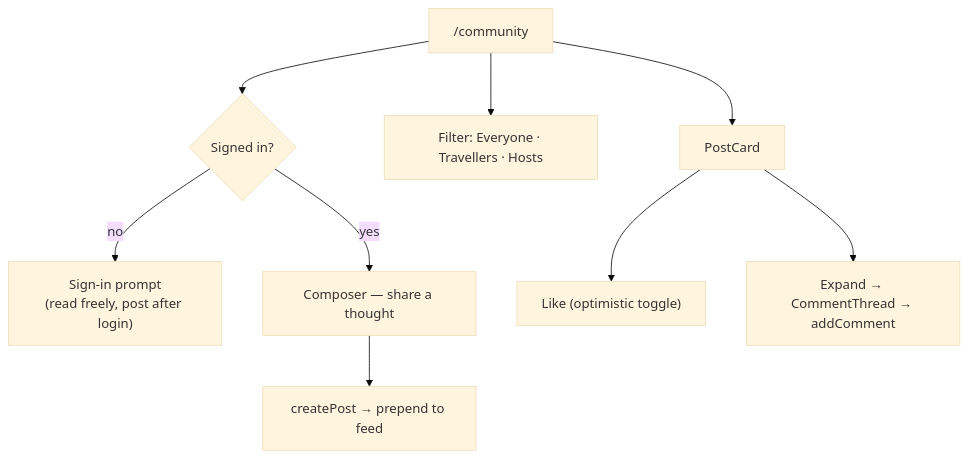
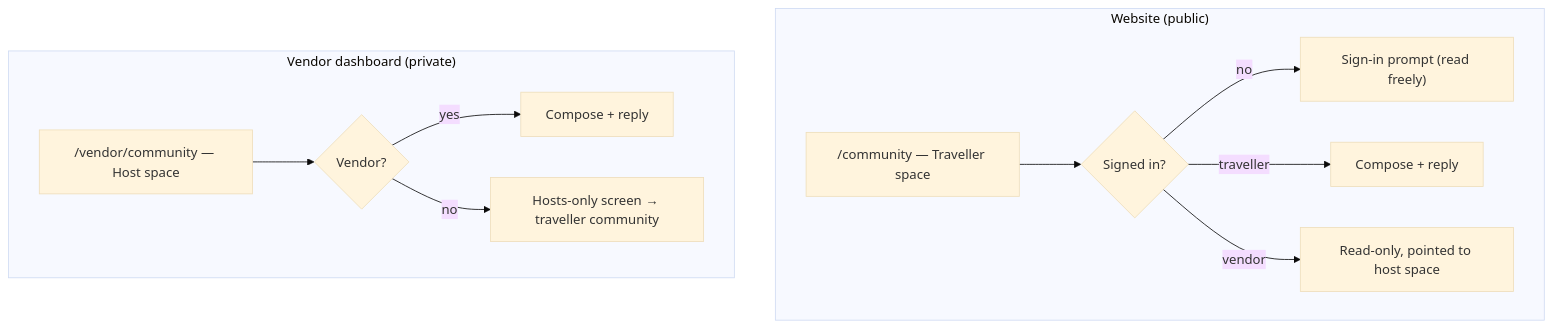
Before and after one commit to pahariyatri/local-connect-app: the fifth of 6 diagrams in docs/USER_FLOWS.md, drawn with Mermaid (base theme). The commit also changed other lines of this file and 10 other files, not shown here.

````diff
--- a/docs/USER_FLOWS.md
+++ b/docs/USER_FLOWS.md
@@ -65,11 +64,16 @@
 ```mermaid
 flowchart TD
-    C["/community"] --> F{"Signed in?"}
-    F -->|"no"| J["Sign-in prompt<br/>(read freely, post after login)"]
-    F -->|"yes"| COMP["Composer — share a thought"]
-    C --> TABS["Filter: Everyone · Travellers · Hosts"]
-    COMP --> POST["createPost → prepend to feed"]
-    C --> CARD["PostCard"]
-    CARD --> LIKE["Like (optimistic toggle)"]
-    CARD --> CMT["Expand → CommentThread → addComment"]
+    subgraph Public["Website (public)"]
+        TC["/community — Traveller space"]
+        TC --> TP{"Signed in?"}
+        TP -->|"no"| TJ["Sign-in prompt (read freely)"]
+        TP -->|"traveller"| TW["Compose + reply"]
+        TP -->|"vendor"| TR["Read-only, pointed to host space"]
+    end
+    subgraph Dash["Vendor dashboard (private)"]
+        VC["/vendor/community — Host space"]
+        VC --> VG{"Vendor?"}
+        VG -->|"yes"| VW["Compose + reply"]
+        VG -->|"no"| VR["Hosts-only screen → traveller community"]
+    end
 ```
````
